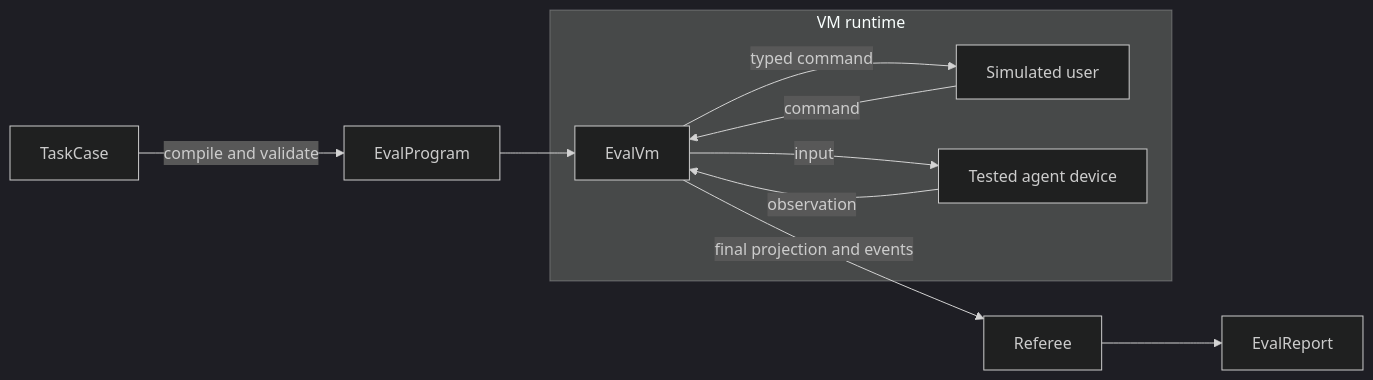
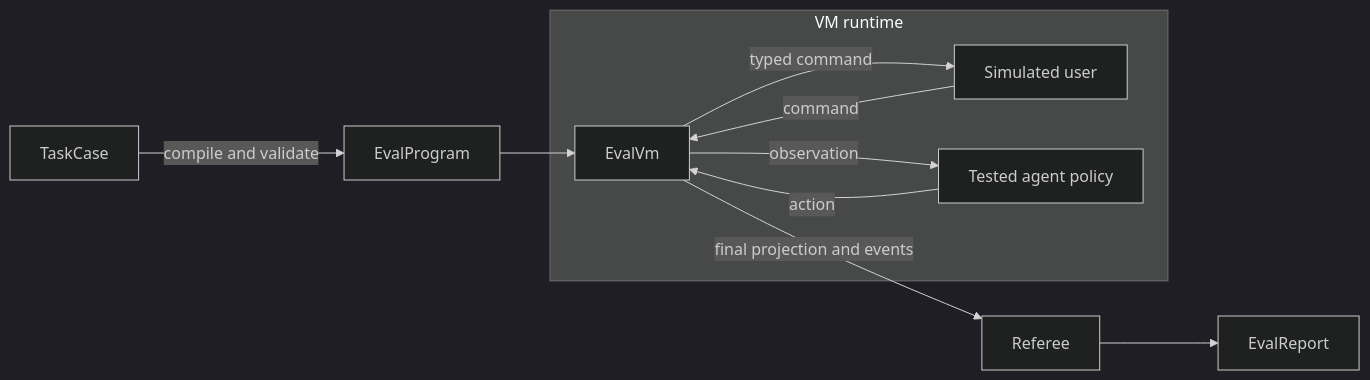
One commit to Gujiawei-Edinburgh/canary-agent changed the first of 4 diagrams in lite-agent-eval/doc/eval-framework.md. Above: the diagram before and after it, drawn with Mermaid (dark theme). The commit also changed other lines of this file and 11 other files, not shown here.

````diff
--- a/lite-agent-eval/doc/eval-framework.md
+++ b/lite-agent-eval/doc/eval-framework.md
@@ -40,13 +40,13 @@
 ```mermaid
 flowchart LR
     C[TaskCase] -->|compile and validate| P[EvalProgram]
     P --> VM[EvalVm]
     subgraph Runtime[VM runtime]
         VM -->|typed command| SU[Simulated user]
         SU -->|command| VM
-        VM -->|input| TA[Tested agent device]
-        TA -->|observation| VM
+        VM -->|observation| TA[Tested agent policy]
+        TA -->|action| VM
     end
     VM -->|final projection and events| R[Referee]
     R --> REPORT[EvalReport]
 ```
````
